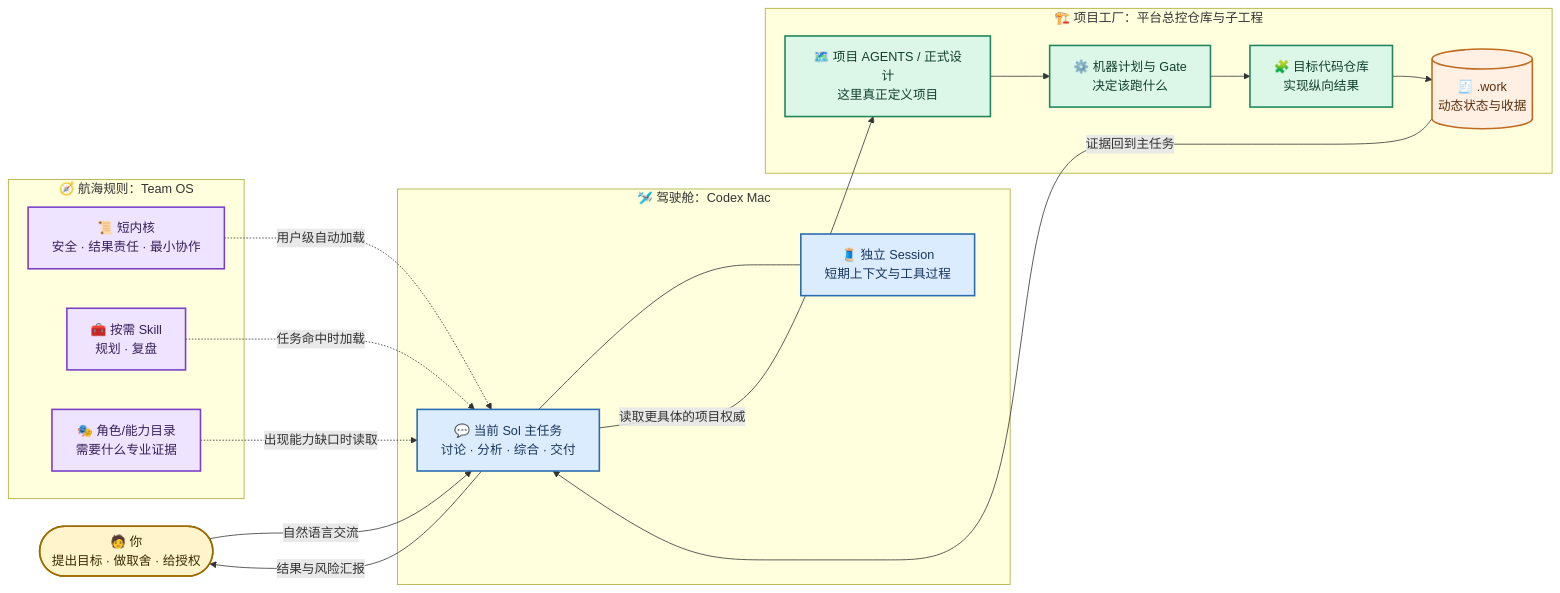
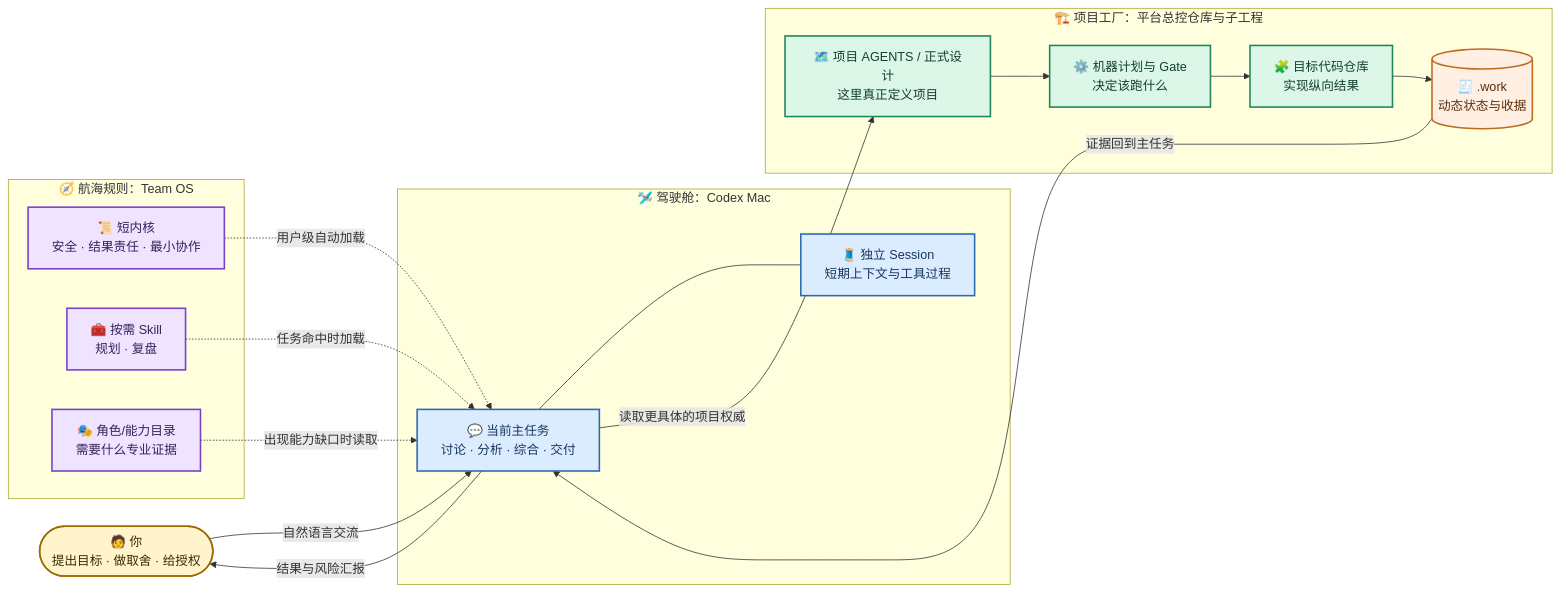
Before and after one commit to kldancer/team-os: the first of 8 diagrams in docs/使用手册/01-Codex-Team-OS日常工作流使用手册.md, drawn with Mermaid. The commit also changed other lines of this file and 9 other files, not shown here.

````diff
--- a/docs/使用手册/01-Codex-Team-OS日常工作流使用手册.md
+++ b/docs/使用手册/01-Codex-Team-OS日常工作流使用手册.md
@@ -9,43 +9,43 @@
 ```mermaid
 flowchart LR
     U(["🧑 你<br/>提出目标 · 做取舍 · 给授权"])
 
     subgraph COCKPIT["🛩️ 驾驶舱：Codex Mac"]
-        C["💬 当前 Sol 主任务<br/>讨论 · 分析 · 综合 · 交付"]
+        C["💬 当前主任务<br/>讨论 · 分析 · 综合 · 交付"]
         S["🧵 独立 Session<br/>短期上下文与工具过程"]
     end
 
     subgraph COMPASS["🧭 航海规则：Team OS"]
         K["📜 短内核<br/>安全 · 结果责任 · 最小协作"]
         SK["🧰 按需 Skill<br/>规划 · 复盘"]
         R["🎭 角色/能力目录<br/>需要什么专业证据"]
     end
 
     subgraph FACTORY["🏗️ 项目工厂：平台总控仓库与子工程"]
         A["🗺️ 项目 AGENTS / 正式设计<br/>这里真正定义项目"]
         P["⚙️ 机器计划与 Gate<br/>决定该跑什么"]
         W["🧩 目标代码仓库<br/>实现纵向结果"]
         E[("🧾 .work<br/>动态状态与收据")]
     end
 
     U -->|"自然语言交流"| C
     K -.->|"用户级自动加载"| C
     SK -.->|"任务命中时加载"| C
     R -.->|"出现能力缺口时读取"| C
     C --- S
     C -->|"读取更具体的项目权威"| A
     A --> P --> W --> E
     E -->|"证据回到主任务"| C
     C -->|"结果与风险汇报"| U
 
     classDef human fill:#fff4cc,stroke:#9a6b00,color:#3d2b00,stroke-width:2px;
     classDef codex fill:#dcecff,stroke:#2b6cb0,color:#17365d,stroke-width:2px;
     classDef team fill:#efe4ff,stroke:#7b3fc6,color:#36205a,stroke-width:2px;
     classDef project fill:#dcf7e8,stroke:#21865a,color:#123f2e,stroke-width:2px;
     classDef receipt fill:#fff0e3,stroke:#bf6b21,color:#5a2f0d,stroke-width:2px;
     class U human;
     class C,S codex;
     class K,SK,R team;
     class A,P,W project;
     class E receipt;
 ```
````
